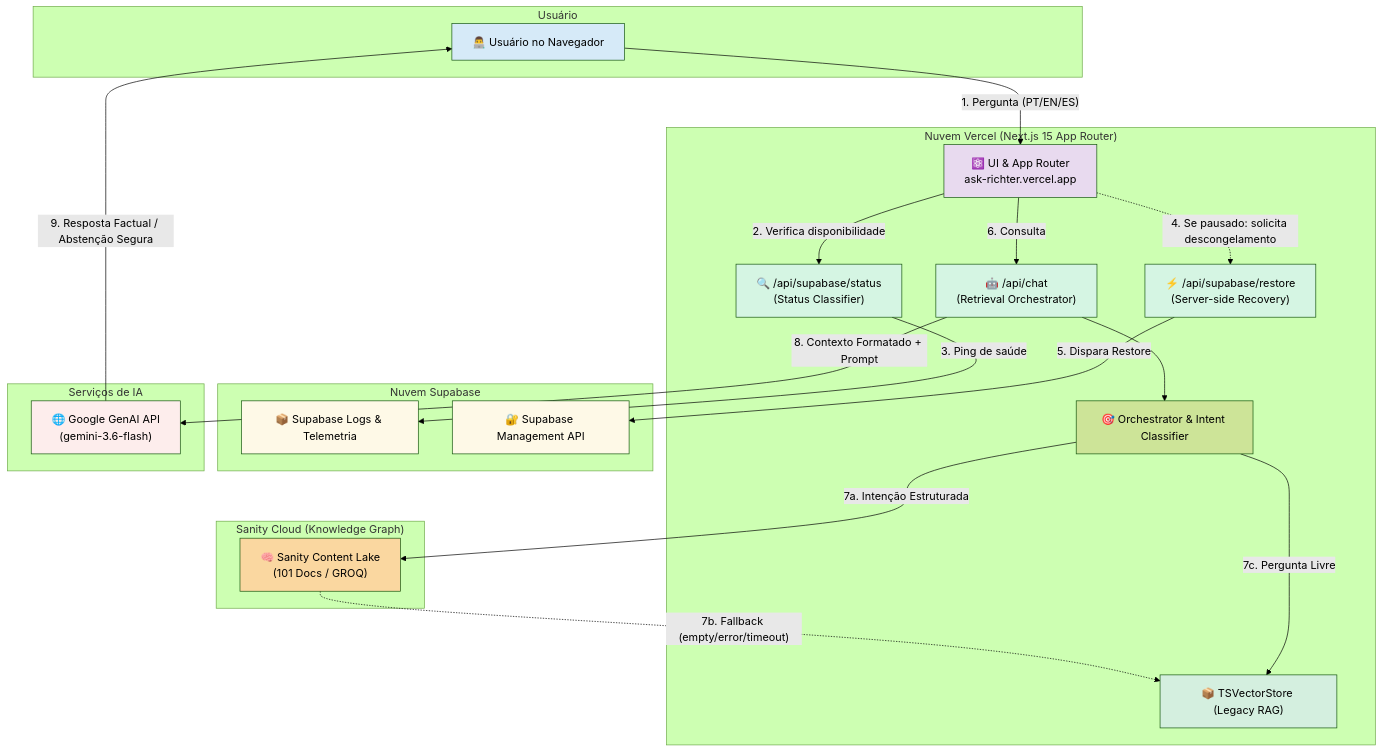
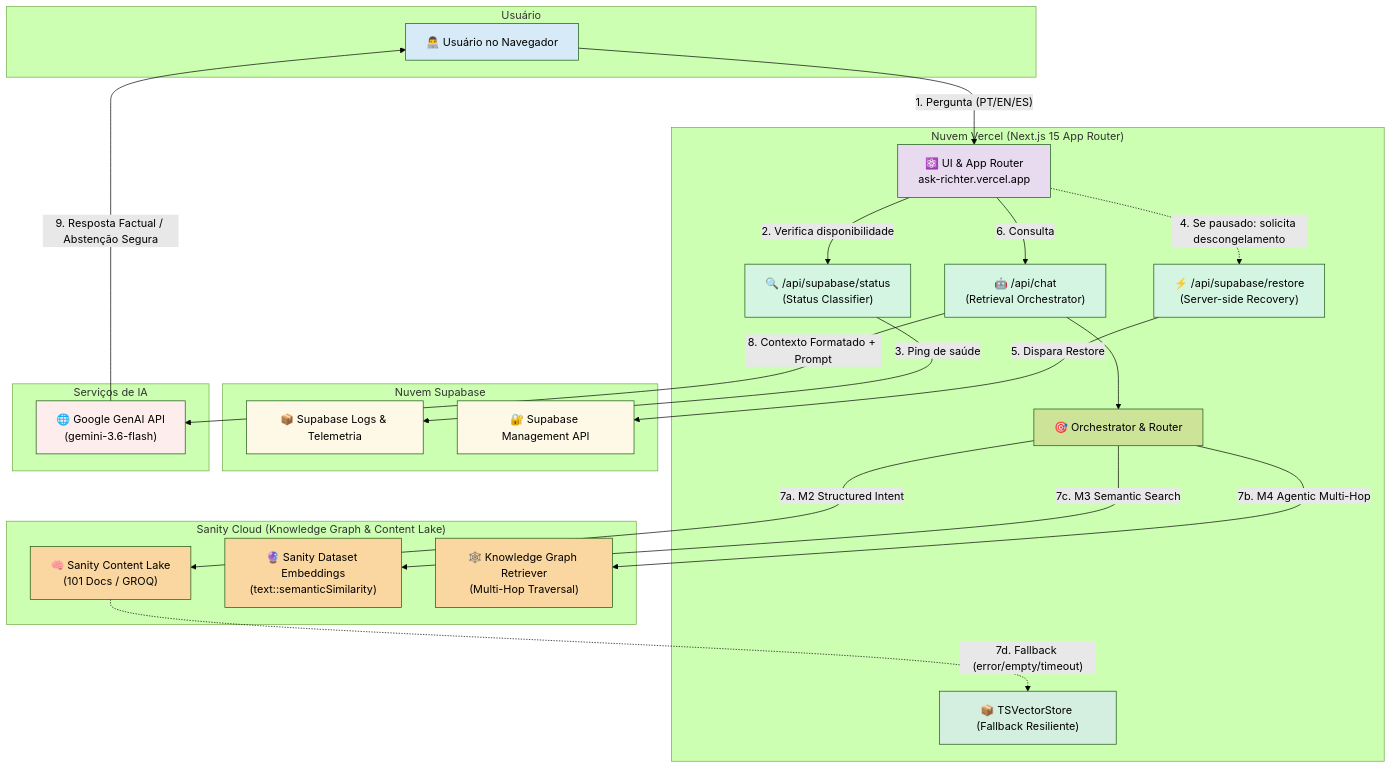
Before and after one commit to lfrichter/ask-richter: the diagram in README.md, drawn with Mermaid (forest theme). The commit also changed other lines of this file and 1 other file, not shown here.

Commit message:
docs: update documentation and test metrics for tri-retrieval engine architecture

````diff
--- a/README.md
+++ b/README.md
@@ -122,56 +126,61 @@
 ```mermaid
 graph TD
     subgraph "Usuário"
         User["👨‍💻 Usuário no Navegador"]
     end
 
     subgraph "Nuvem Vercel (Next.js 15 App Router)"
         Frontend["⚛️ UI & App Router<br>ask-richter.vercel.app"]
         StatusApi["🔍 /api/supabase/status<br>(Status Classifier)"]
         RestoreApi["⚡ /api/supabase/restore<br>(Server-side Recovery)"]
         ChatApi["🤖 /api/chat<br>(Retrieval Orchestrator)"]
-        Orchestrator["🎯 Orchestrator & Intent Classifier"]
-        TSVec["📦 TSVectorStore (Legacy RAG)"]
+        Orchestrator["🎯 Orchestrator & Router"]
+        TSVec["📦 TSVectorStore (Fallback Resiliente)"]
     end
 
-    subgraph "Sanity Cloud (Knowledge Graph)"
+    subgraph "Sanity Cloud (Knowledge Graph & Content Lake)"
         SanityLake["🧠 Sanity Content Lake<br>(101 Docs / GROQ)"]
+        SanityEmb["🔮 Sanity Dataset Embeddings<br>(text::semanticSimilarity)"]
+        KnowledgeGraph["🕸️ Knowledge Graph Retriever<br>(Multi-Hop Traversal)"]
     end
 
     subgraph "Nuvem Supabase"
         SupabaseREST["📦 Supabase Logs & Telemetria"]
         SupabaseMgmt["🔐 Supabase Management API"]
     end
 
     subgraph "Serviços de IA"
         GeminiAPI["🌐 Google GenAI API<br>(gemini-3.6-flash)"]
     end
 
     User -- "1. Pergunta (PT/EN/ES)" --> Frontend
     Frontend -- "2. Verifica disponibilidade" --> StatusApi
     StatusApi -- "3. Ping de saúde" --> SupabaseREST
 
     Frontend -. "4. Se pausado: solicita descongelamento" .-> RestoreApi
     RestoreApi -- "5. Dispara Restore" --> SupabaseMgmt
 
     Frontend -- "6. Consulta" --> ChatApi
     ChatApi --> Orchestrator
 
-    Orchestrator -- "7a. Intenção Estruturada" --> SanityLake
-    SanityLake -. "7b. Fallback (empty/error/timeout)" .-> TSVec
-    Orchestrator -- "7c. Pergunta Livre" --> TSVec
+    Orchestrator -- "7a. M2 Structured Intent" --> SanityLake
+    Orchestrator -- "7b. M4 Agentic Multi-Hop" --> KnowledgeGraph
+    Orchestrator -- "7c. M3 Semantic Search" --> SanityEmb
+    SanityLake -. "7d. Fallback (error/empty/timeout)" .-> TSVec
 
     ChatApi -- "8. Contexto Formatado + Prompt" --> GeminiAPI
     GeminiAPI -- "9. Resposta Factual / Abstenção Segura" --> User
 
     style User fill:#D6EAF8
     style Frontend fill:#E8DAEF
     style StatusApi fill:#D5F5E3
     style RestoreApi fill:#D5F5E3
     style ChatApi fill:#D5F5E3
     style SanityLake fill:#FAD7A0
+    style SanityEmb fill:#FAD7A0
+    style KnowledgeGraph fill:#FAD7A0
     style TSVec fill:#D4EFDF
     style SupabaseREST fill:#FEF9E7
     style SupabaseMgmt fill:#FEF9E7
     style GeminiAPI fill:#FDEDEC
 ```
````
